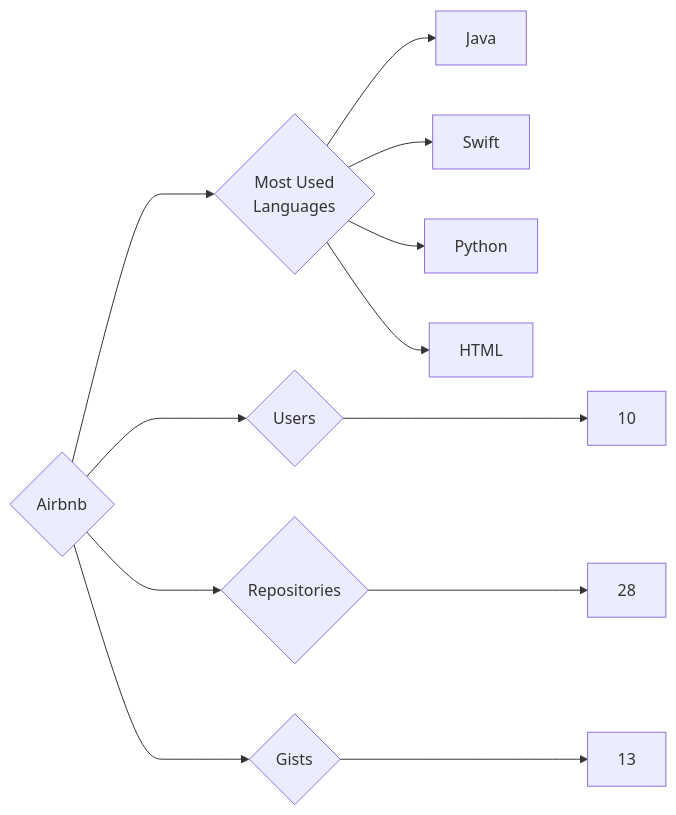
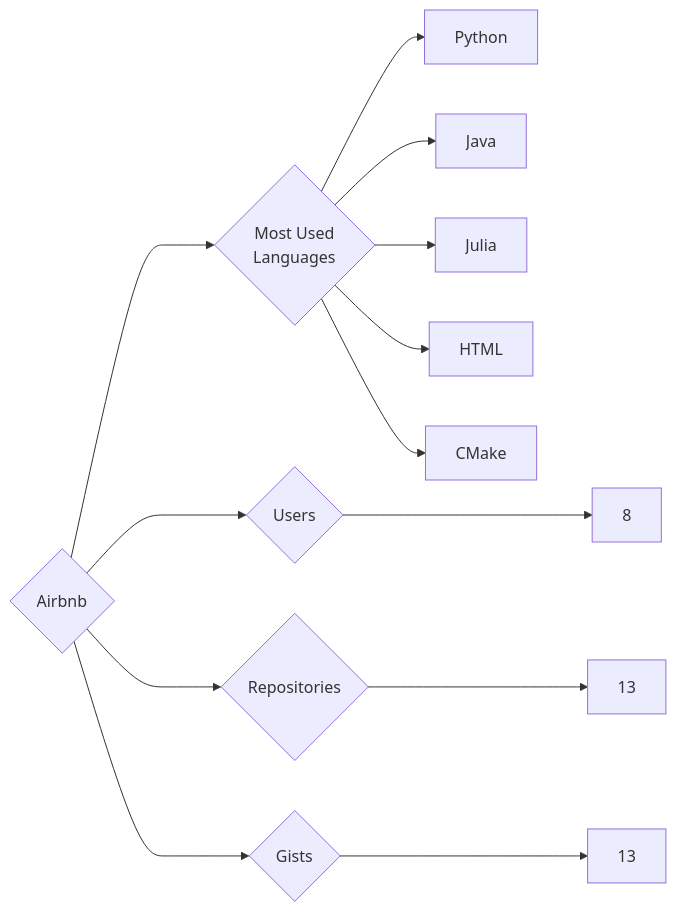
Before and after one commit to trickest/insiders: the diagram in targets/Airbnb/README.md, drawn with Mermaid. The commit also changed 1088 other files, not shown here.

````diff
--- a/targets/Airbnb/README.md
+++ b/targets/Airbnb/README.md
@@ -3,12 +3,13 @@
 ```mermaid
 graph LR
 COMPANY_NAME{Airbnb}
-COMPANY_NAME ---> U{Users} ---> UN[10]
-COMPANY_NAME ---> R{Repositories} ---> RN[28]
+COMPANY_NAME ---> U{Users} ---> UN[8]
+COMPANY_NAME ---> R{Repositories} ---> RN[13]
 COMPANY_NAME ---> G{Gists} ---> GN[13]
 COMPANY_NAME ---> ML{Most Used<br>Languages}
+ML --> Python[Python]
 ML --> Java[Java]
-ML --> Swift[Swift]
-ML --> Python[Python]
+ML --> Julia[Julia]
 ML --> HTML[HTML]
+ML --> CMake[CMake]
 ```
````
